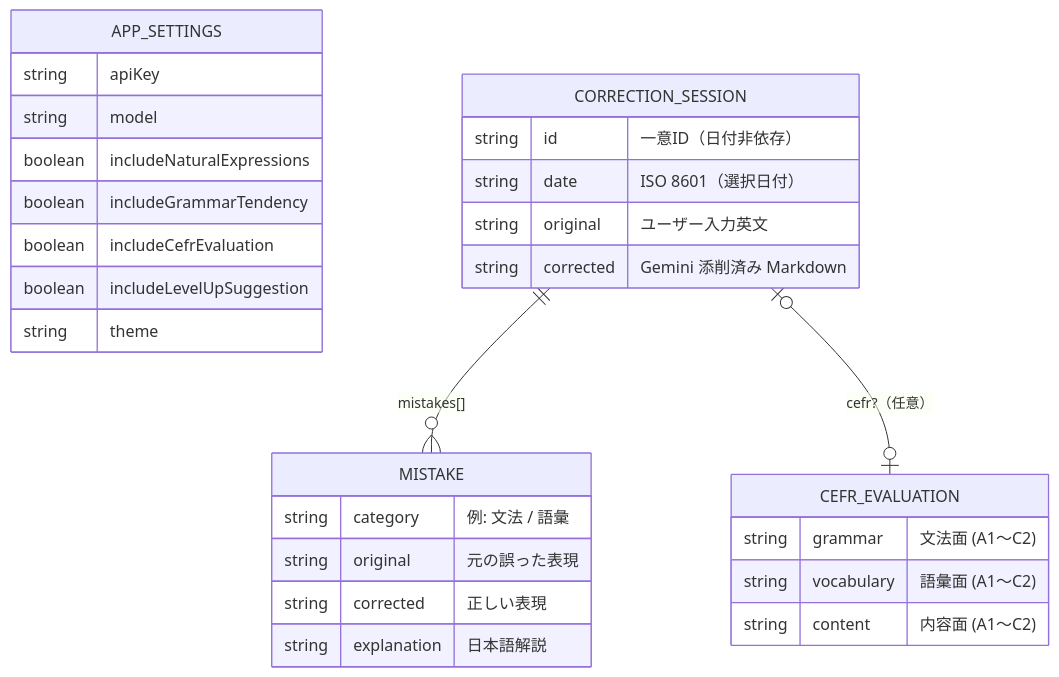
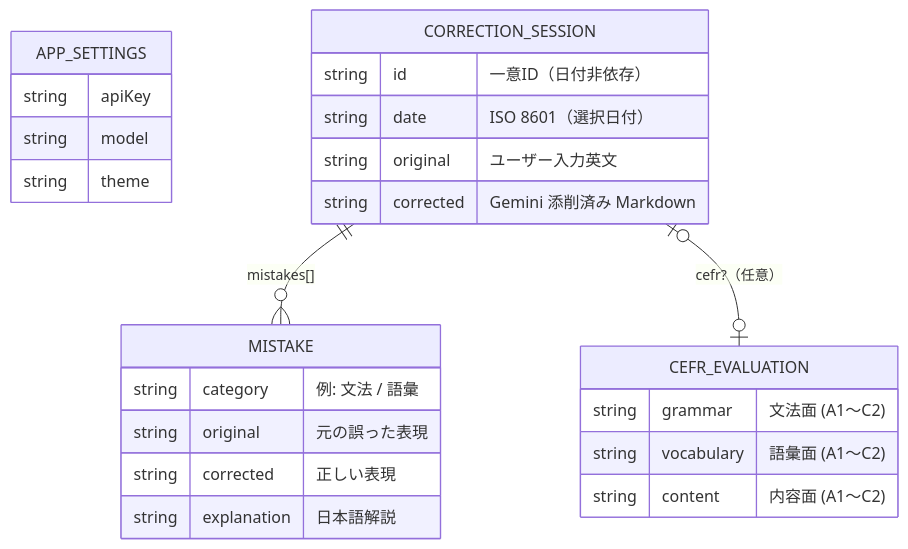
The third of 5 diagrams in ARCHITECTURE.md (rmatsuo-jp/study-english), drawn with Mermaid before and after one commit. The commit also changed other lines of this file and 10 other files, not shown here.

````diff
--- a/ARCHITECTURE.md
+++ b/ARCHITECTURE.md
@@ -81,35 +81,31 @@
 ```mermaid
 erDiagram
     APP_SETTINGS {
         string apiKey
         string model
-        boolean includeNaturalExpressions
-        boolean includeGrammarTendency
-        boolean includeCefrEvaluation
-        boolean includeLevelUpSuggestion
         string theme
     }
 
     CORRECTION_SESSION {
         string id "一意ID（日付非依存）"
         string date "ISO 8601（選択日付）"
         string original "ユーザー入力英文"
         string corrected "Gemini 添削済み Markdown"
     }
 
     MISTAKE {
         string category "例: 文法 / 語彙"
         string original "元の誤った表現"
         string corrected "正しい表現"
         string explanation "日本語解説"
     }
 
     CEFR_EVALUATION {
         string grammar "文法面 (A1〜C2)"
         string vocabulary "語彙面 (A1〜C2)"
         string content "内容面 (A1〜C2)"
     }
 
     CORRECTION_SESSION ||--o{ MISTAKE : "mistakes[]"
     CORRECTION_SESSION |o--o| CEFR_EVALUATION : "cefr?（任意）"
 ```
````
